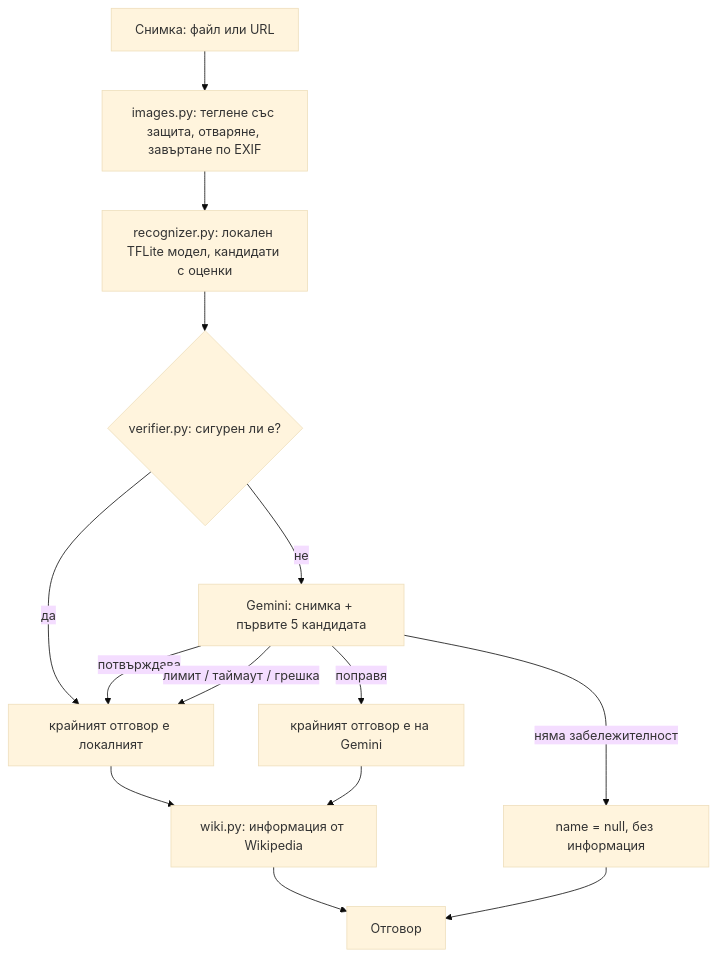
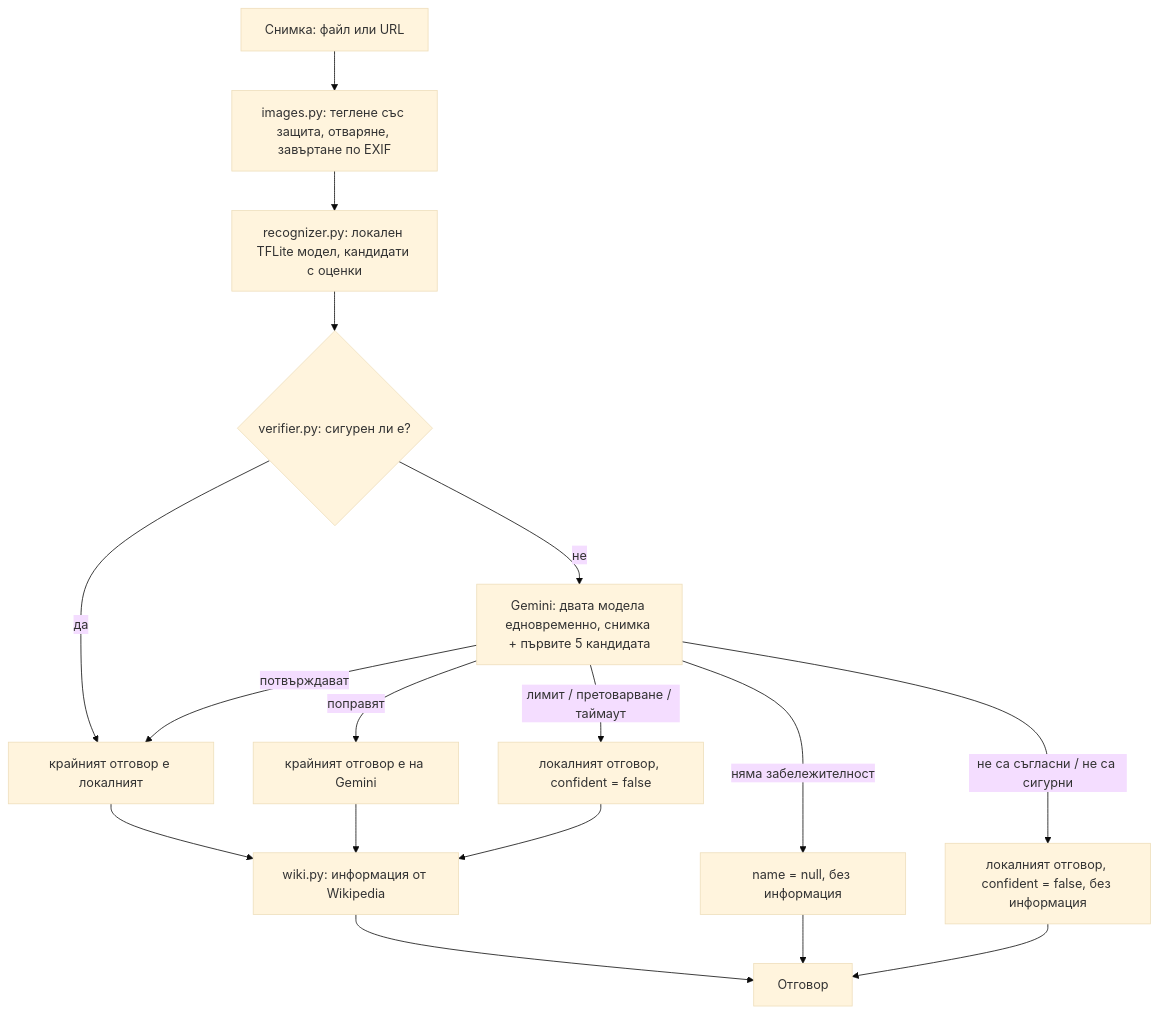
One commit to jivko25/AI-Landmark-Recognition changed the diagram in docs/ARCHITECTURE.md. Above: the diagram before and after it, drawn with Mermaid (base theme). The commit also changed other lines of this file and 12 other files, not shown here.

````diff
--- a/docs/ARCHITECTURE.md
+++ b/docs/ARCHITECTURE.md
@@ -5,16 +5,19 @@
 ```mermaid
 flowchart TD
     A[Снимка: файл или URL] --> B[images.py: теглене със защита, отваряне, завъртане по EXIF]
     B --> C[recognizer.py: локален TFLite модел, кандидати с оценки]
     C --> D{verifier.py: сигурен ли е?}
     D -- да --> F[крайният отговор е локалният]
-    D -- не --> E[Gemini: снимка + първите 5 кандидата]
-    E -- потвърждава --> F
-    E -- поправя --> G[крайният отговор е на Gemini]
+    D -- не --> E[Gemini: двата модела едновременно, снимка + първите 5 кандидата]
+    E -- потвърждават --> F
+    E -- поправят --> G[крайният отговор е на Gemini]
     E -- няма забележителност --> H[name = null, без информация]
-    E -- лимит / таймаут / грешка --> F
+    E -- не са съгласни / не са сигурни --> K[локалният отговор, confident = false, без информация]
+    E -- лимит / претоварване / таймаут --> L[локалният отговор, confident = false]
     F --> I[wiki.py: информация от Wikipedia]
     G --> I
+    L --> I
     I --> J[Отговор]
     H --> J
+    K --> J
 ```
````
